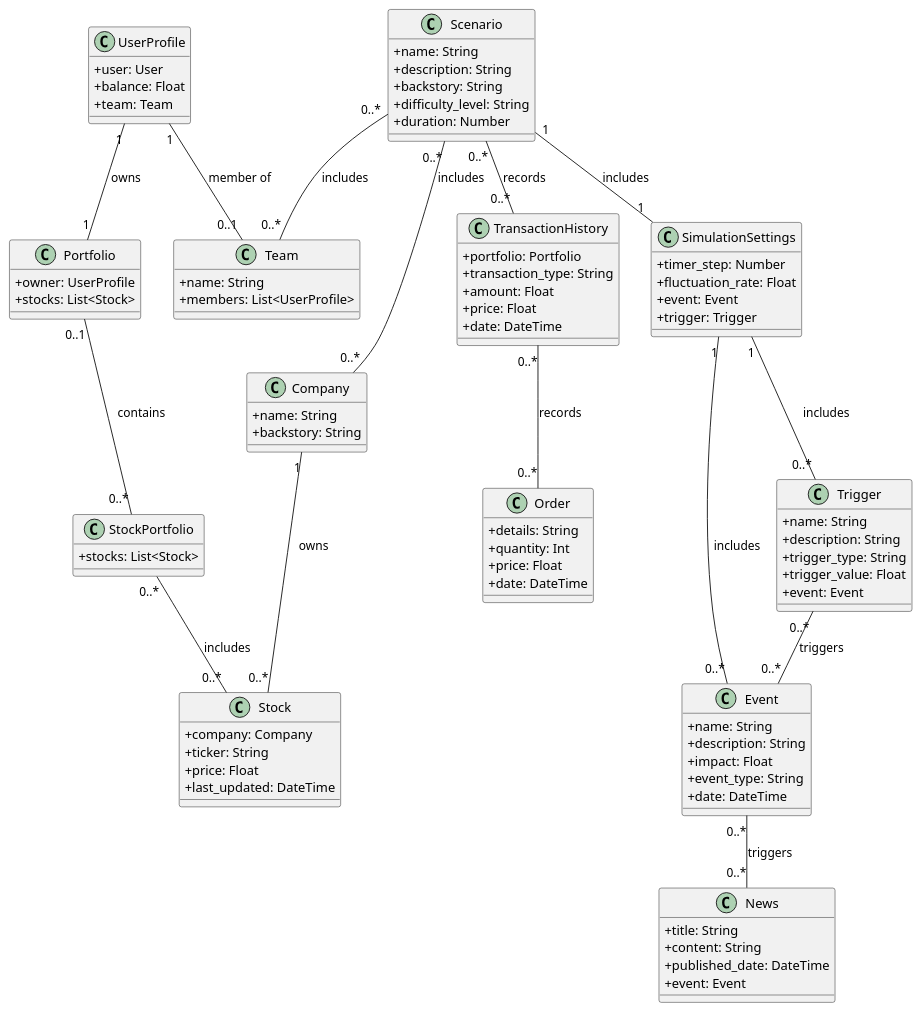
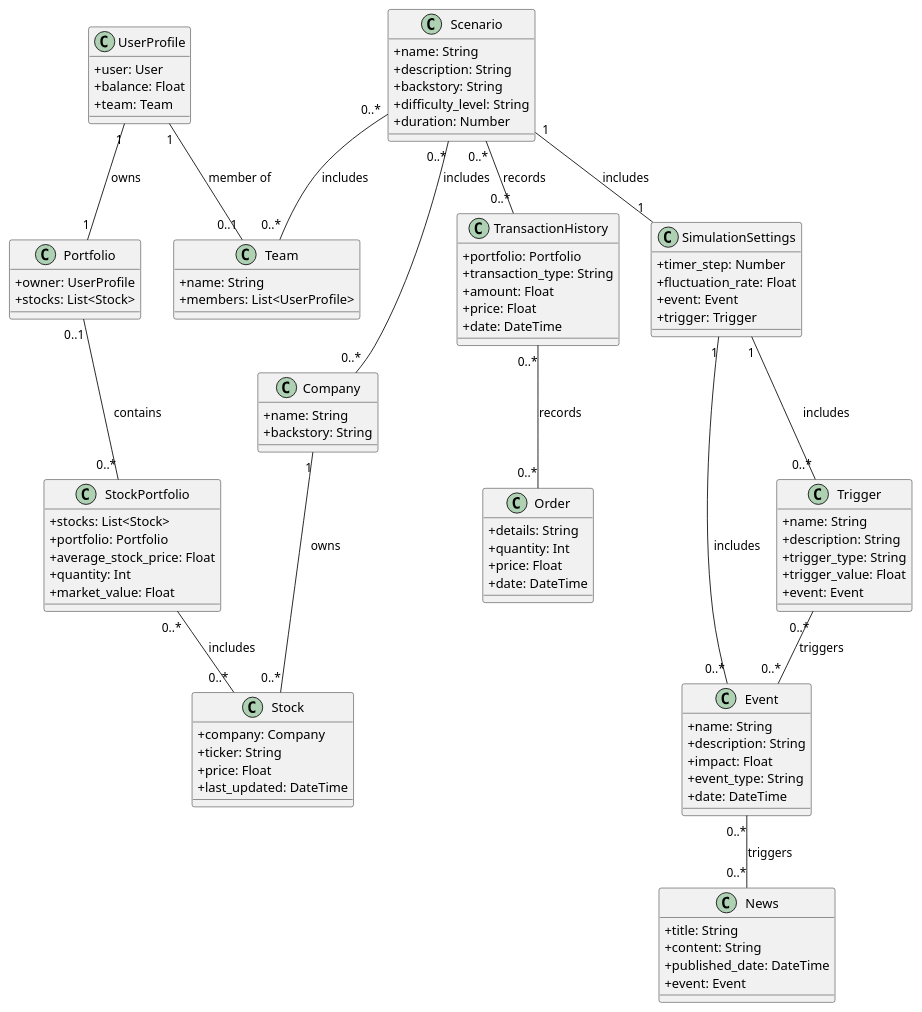
Before and after one commit to AlgoETS/Simulateur: the diagram in docs/diagrams/main_classes.plantuml, drawn with PlantUML. The commit also changed 6 other files, not shown here.

Commit message:
added stockPortfolio creation logic

```diff
--- a/docs/diagrams/main_classes.plantuml
+++ b/docs/diagrams/main_classes.plantuml
@@ -1,104 +1,108 @@
 @startuml
 skinparam classAttributeIconSize 0
 
 class Company {
     +name: String
     +backstory: String
 }
 
 class Stock {
     +company: Company
     +ticker: String
     +price: Float
     +last_updated: DateTime
 }
 
 class Team {
     +name: String
     +members: List<UserProfile>
 }
 
 class UserProfile {
     +user: User
     +balance: Float
     +team: Team
 }
 
 class SimulationSettings {
     +timer_step: Number
     +fluctuation_rate: Float
     +event: Event
     +trigger: Trigger
 }
 
 class Scenario {
     +name: String
     +description: String
     +backstory: String
     +difficulty_level: String
     +duration: Number
 }
 
 class Portfolio {
     +owner: UserProfile
     +stocks: List<Stock>
 }
 
 class TransactionHistory {
     +portfolio: Portfolio
     +transaction_type: String
     +amount: Float
     +price: Float
     +date: DateTime
 }
 
 class News {
     +title: String
     +content: String
     +published_date: DateTime
     +event: Event
 }
 
 class Event {
     +name: String
     +description: String
     +impact: Float
     +event_type: String
     +date: DateTime
 }
 
 class Trigger {
     +name: String
     +description: String
     +trigger_type: String
     +trigger_value: Float
     +event: Event
 }
 
 class StockPortfolio {
     +stocks: List<Stock>
+    +portfolio: Portfolio
+    +average_stock_price: Float
+    +quantity: Int
+    +market_value: Float
 }
 
 class Order {
     +details: String
     +quantity: Int
     +price: Float
     +date: DateTime
 }
 
 Company "1" -- "0..*" Stock : owns
 UserProfile "1" -- "0..1" Team : member of
 Scenario "0..*" -- "0..*" Company : includes
 Scenario "0..*" -- "0..*" Team : includes
 Scenario "1" -- "1" SimulationSettings : includes
 SimulationSettings "1" -- "0..*" Trigger : includes
 SimulationSettings "1" -- "0..*" Event : includes
 UserProfile "1" -- "1" Portfolio : owns
 Portfolio "0..1" -- "0..*" StockPortfolio : contains
 StockPortfolio "0..*" -- "0..*" Stock : includes
 Scenario "0..*" -- "0..*" TransactionHistory : records
 TransactionHistory "0..*" -- "0..*" Order : records
 Event "0..*" -- "0..*" News : triggers
 Trigger "0..*" -- "0..*" Event : triggers
 
 @enduml
```
